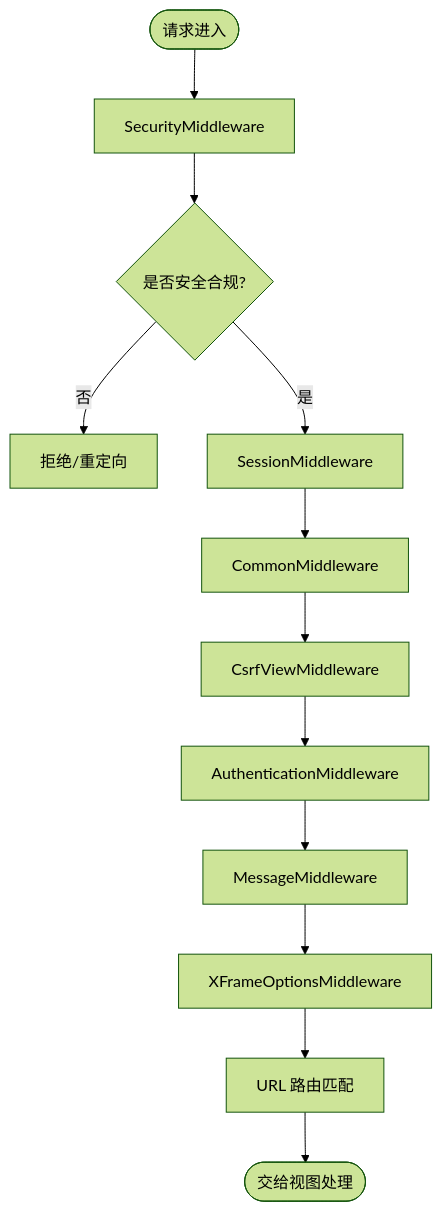
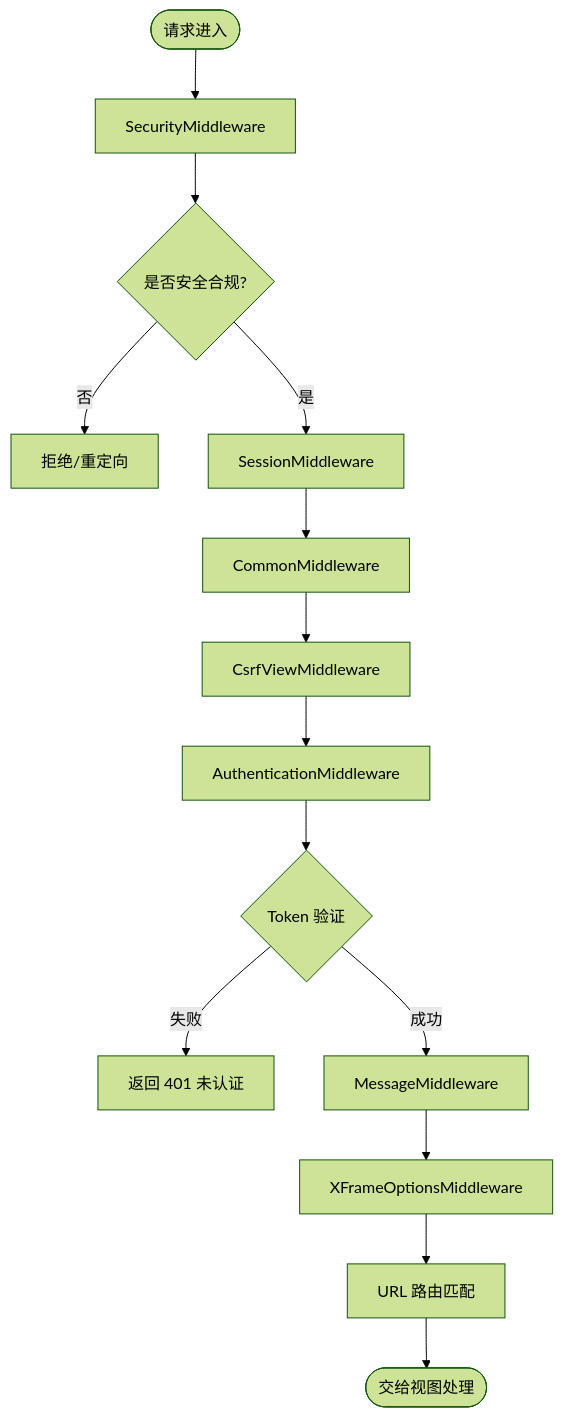
The third of 7 diagrams in .qoder/repowiki/zh/content/架构设计/后端架构/中间件与安全.md (zyp-coder/Metadata), drawn with Mermaid (forest theme) before and after one commit. The commit also changed other lines of this file and 54 other files, not shown here.

````diff
--- a/.qoder/repowiki/zh/content/架构设计/后端架构/中间件与安全.md
+++ b/.qoder/repowiki/zh/content/架构设计/后端架构/中间件与安全.md
@@ -105,14 +132,16 @@
 ```mermaid
 flowchart TD
 Start(["请求进入"]) --> S["SecurityMiddleware"]
 S --> SecOK{"是否安全合规?"}
 SecOK -- 否 --> Block["拒绝/重定向"]
 SecOK -- 是 --> Session["SessionMiddleware"]
 Session --> Common["CommonMiddleware"]
 Common --> CSRF["CsrfViewMiddleware"]
 CSRF --> Auth["AuthenticationMiddleware"]
-Auth --> Msg["MessageMiddleware"]
+Auth --> TokenCheck{"Token 验证"}
+TokenCheck -- 失败 --> Unauth["返回 401 未认证"]
+TokenCheck -- 成功 --> Msg["MessageMiddleware"]
 Msg --> XFO["XFrameOptionsMiddleware"]
 XFO --> Route["URL 路由匹配"]
 Route --> End(["交给视图处理"])
 ```
````
